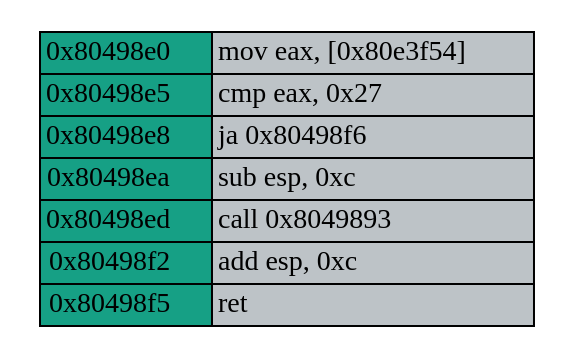
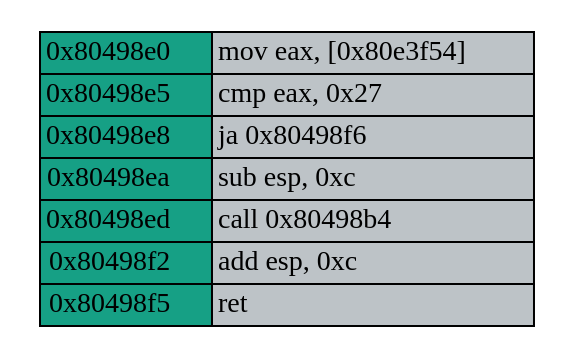
Before and after one commit to Nicolnegg/researh: the diagram in VM/tools-paper/Examples/example-shr-a-lt/function_cfg.dot, drawn with Graphviz. The commit also changed 30 other files, not shown here.

```diff
--- a/VM/tools-paper/Examples/example-shr-a-lt/function_cfg.dot
+++ b/VM/tools-paper/Examples/example-shr-a-lt/function_cfg.dot
@@ -1,16 +1,16 @@
 digraph G {
   node [shape=plaintext, ];
   921807172 [label=<<table border="0" cellspacing="0">
 <tr><td border="1" bgcolor="#16a085">0x80498e0</td><td border="1" bgcolor="#bdc3c7" align="left">mov eax, [0x80e3f54]</td></tr>
 <tr><td border="1" bgcolor="#16a085">0x80498e5</td><td border="1" bgcolor="#bdc3c7" align="left">cmp eax, 0x27</td></tr>
 <tr><td border="1" bgcolor="#16a085">0x80498e8</td><td border="1" bgcolor="#bdc3c7" align="left">ja 0x80498f6</td></tr>
 <tr><td border="1" bgcolor="#16a085">0x80498ea</td><td border="1" bgcolor="#bdc3c7" align="left">sub esp, 0xc</td></tr>
-<tr><td border="1" bgcolor="#16a085">0x80498ed</td><td border="1" bgcolor="#bdc3c7" align="left">call 0x8049893</td></tr>
+<tr><td border="1" bgcolor="#16a085">0x80498ed</td><td border="1" bgcolor="#bdc3c7" align="left">call 0x80498b4</td></tr>
 <tr><td border="1" bgcolor="#16a085">0x80498f2</td><td border="1" bgcolor="#bdc3c7" align="left">add esp, 0xc</td></tr>
 <tr><td border="1" bgcolor="#16a085">0x80498f5</td><td border="1" bgcolor="#bdc3c7" align="left">ret</td></tr>
 </table>>,
              ];
   
   
   
   }
```
